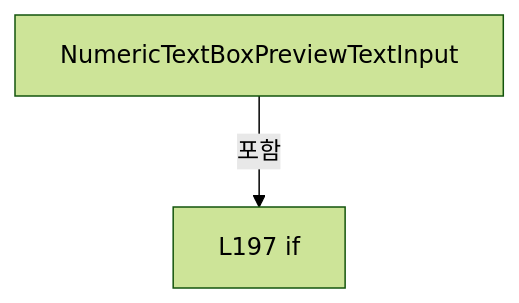
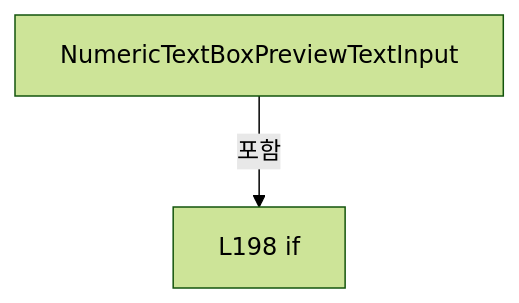
Before and after one commit to kjuws10-rgb/Shared: the fifth of 9 diagrams in A3 LD Code Ref/files/Drilling.UI/Popup/CShiftOffsetDialog.xaml.cs.md, drawn with Mermaid (forest theme). The commit also changed other lines of this file and 1984 other files, not shown here.

Commit message:
docs(a3): update 11.17.0 architecture and complete code reference

````diff
--- a/A3 LD Code Ref/files/Drilling.UI/Popup/CShiftOffsetDialog.xaml.cs.md
+++ b/A3 LD Code Ref/files/Drilling.UI/Popup/CShiftOffsetDialog.xaml.cs.md
@@ -881,6 +902,6 @@
 ```mermaid
 flowchart TD
  M["NumericTextBoxPreviewTextInput"]
- N0["L197 if"]
+ N0["L198 if"]
  M -->|포함| N0
 ```
````
